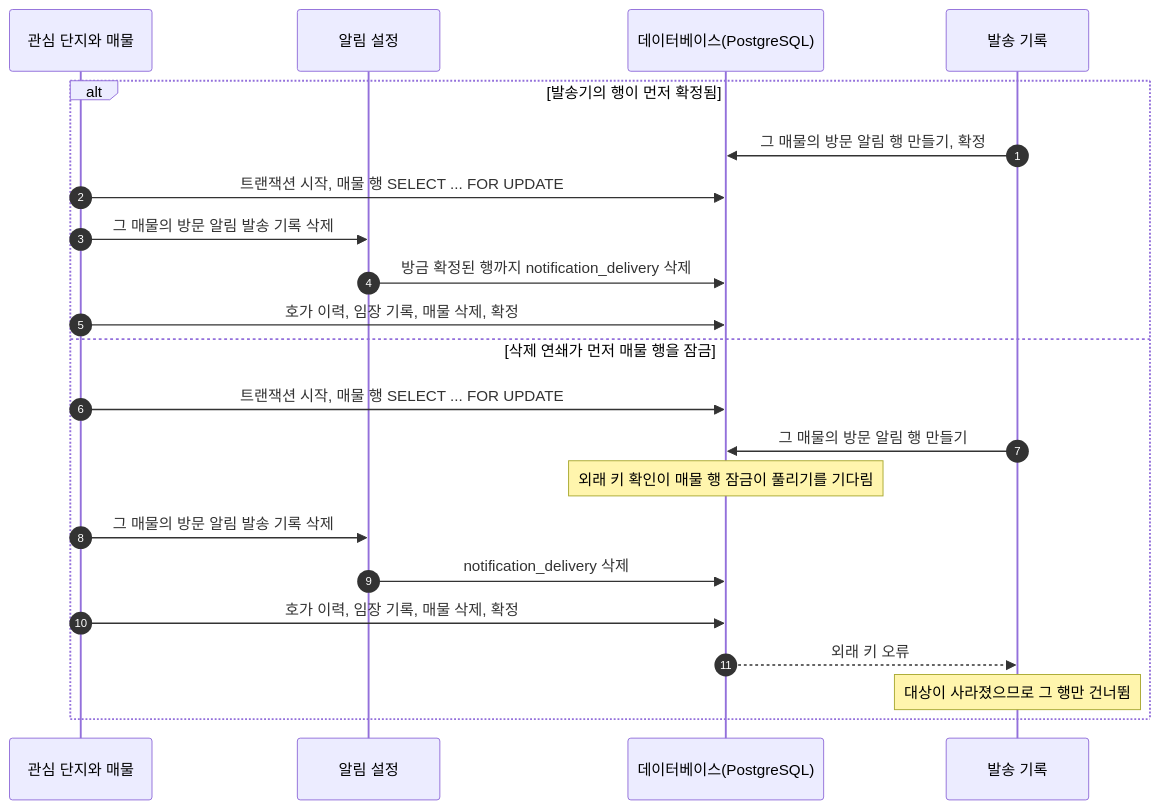
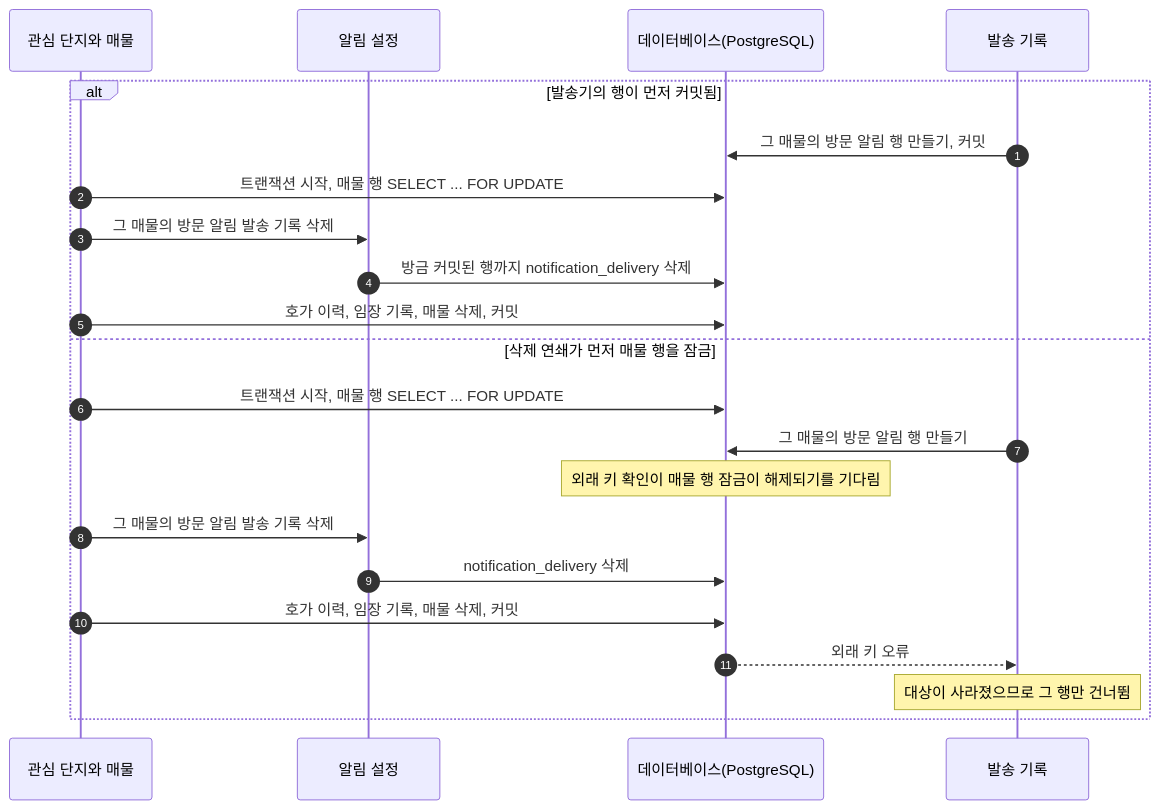
One commit to Park-Seung-Hun/real-estate changed the fifth of 12 diagrams in docs/architecture/flows.md. Above: the diagram before and after it, drawn with Mermaid. The commit also changed other lines of this file and 22 other files, not shown here.

````diff
--- a/docs/architecture/flows.md
+++ b/docs/architecture/flows.md
@@ -272,25 +280,25 @@
 ```mermaid
 sequenceDiagram
   autonumber
   participant listing as 관심 단지와 매물
   participant notiSet as 알림 설정
   participant db as 데이터베이스(PostgreSQL)
   participant delivery as 발송 기록
 
-  alt 발송기의 행이 먼저 확정됨
-    delivery->>db: 그 매물의 방문 알림 행 만들기, 확정
+  alt 발송기의 행이 먼저 커밋됨
+    delivery->>db: 그 매물의 방문 알림 행 만들기, 커밋
     listing->>db: 트랜잭션 시작, 매물 행 SELECT ... FOR UPDATE
     listing->>notiSet: 그 매물의 방문 알림 발송 기록 삭제
-    notiSet->>db: 방금 확정된 행까지 notification_delivery 삭제
-    listing->>db: 호가 이력, 임장 기록, 매물 삭제, 확정
+    notiSet->>db: 방금 커밋된 행까지 notification_delivery 삭제
+    listing->>db: 호가 이력, 임장 기록, 매물 삭제, 커밋
   else 삭제 연쇄가 먼저 매물 행을 잠금
     listing->>db: 트랜잭션 시작, 매물 행 SELECT ... FOR UPDATE
     delivery->>db: 그 매물의 방문 알림 행 만들기
-    Note over db: 외래 키 확인이 매물 행 잠금이 풀리기를 기다림
+    Note over db: 외래 키 확인이 매물 행 잠금이 해제되기를 기다림
     listing->>notiSet: 그 매물의 방문 알림 발송 기록 삭제
     notiSet->>db: notification_delivery 삭제
-    listing->>db: 호가 이력, 임장 기록, 매물 삭제, 확정
+    listing->>db: 호가 이력, 임장 기록, 매물 삭제, 커밋
     db-->>delivery: 외래 키 오류
     Note over delivery: 대상이 사라졌으므로 그 행만 건너뜀
   end
 ```
````
